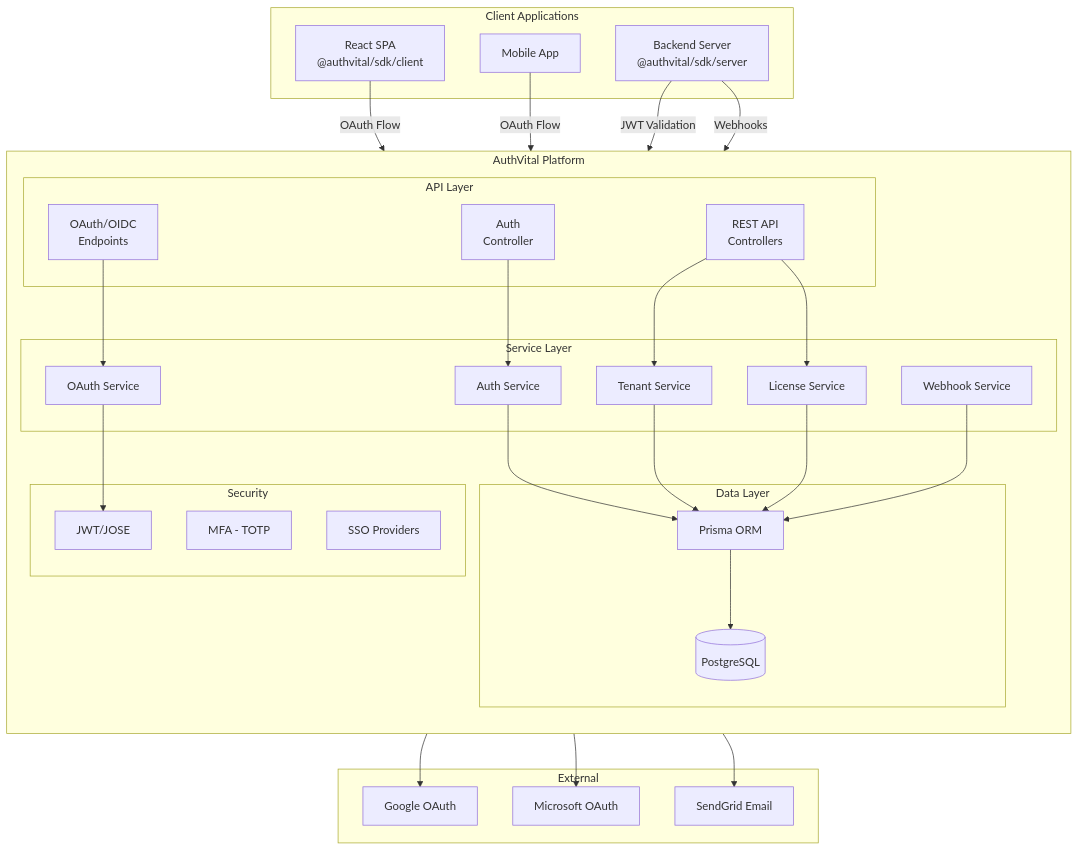
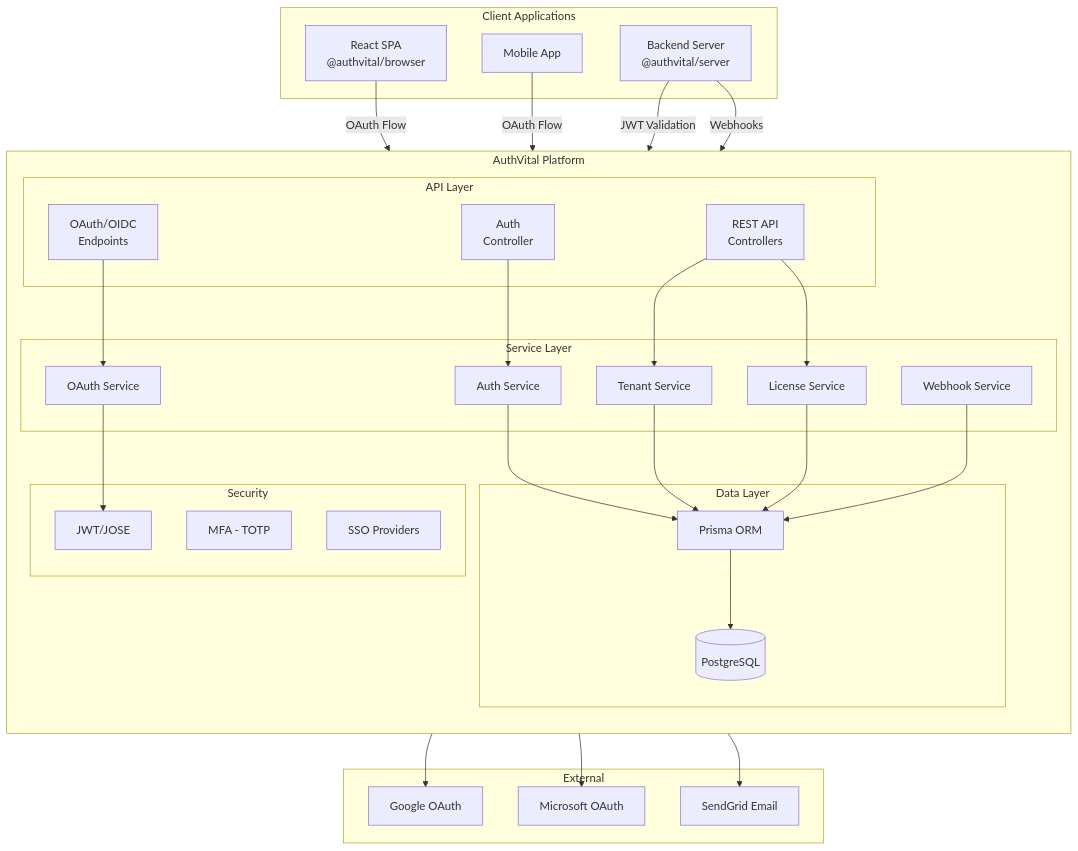
The first of 6 diagrams in docs/concepts/architecture.md (fed-stew/authvital), drawn with Mermaid before and after one commit. The commit also changed other lines of this file and 401 other files, not shown here.

````diff
--- a/docs/concepts/architecture.md
+++ b/docs/concepts/architecture.md
@@ -17,64 +17,64 @@
 ```mermaid
 graph TB
     subgraph "Client Applications"
-        SPA[React SPA<br/>@authvital/sdk/client]
+        SPA[React SPA<br/>@authvital/browser]
         Mobile[Mobile App]
-        Server[Backend Server<br/>@authvital/sdk/server]
+        Server[Backend Server<br/>@authvital/server]
     end
 
     subgraph "AuthVital Platform"
         direction TB
         subgraph "API Layer"
             OAuth[OAuth/OIDC<br/>Endpoints]
             Auth[Auth<br/>Controller]
             API[REST API<br/>Controllers]
         end
         
         subgraph "Service Layer"
             AuthSvc[Auth Service]
             OAuthSvc[OAuth Service]
             TenantSvc[Tenant Service]
             LicenseSvc[License Service]
             WebhookSvc[Webhook Service]
         end
         
         subgraph "Data Layer"
             Prisma[Prisma ORM]
             DB[(PostgreSQL)]
         end
         
         subgraph "Security"
             JWT[JWT/JOSE]
             MFA[MFA - TOTP]
             SSO[SSO Providers]
         end
     end
 
     subgraph "External"
         Google[Google OAuth]
         Microsoft[Microsoft OAuth]
         SendGrid[SendGrid Email]
     end
 
     SPA -->|OAuth Flow| OAuth
     Mobile -->|OAuth Flow| OAuth
     Server -->|JWT Validation| API
     Server -->|Webhooks| WebhookSvc
     
     OAuth --> OAuthSvc
     Auth --> AuthSvc
     API --> TenantSvc
     API --> LicenseSvc
     
     AuthSvc --> Prisma
     OAuthSvc --> JWT
     TenantSvc --> Prisma
     LicenseSvc --> Prisma
     WebhookSvc --> Prisma
     
     Prisma --> DB
     
     SSO --> Google
     SSO --> Microsoft
     AuthSvc --> SendGrid
 ```
````
